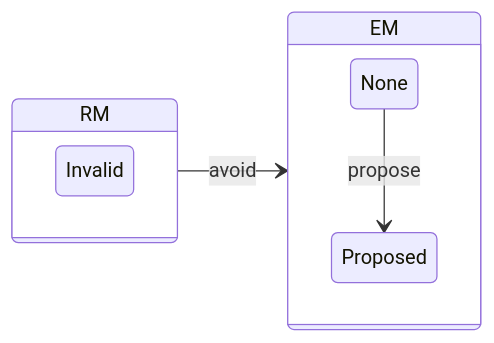
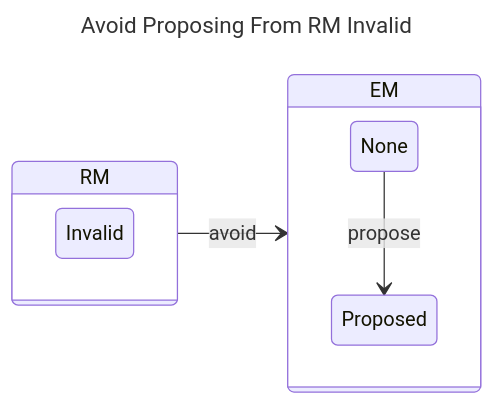
One commit to CERTCC/Vultron changed the fifth of 11 diagrams in docs/topics/process_models/model_interactions/rm_em.md. Above: the diagram before and after it, drawn with Mermaid. The commit also changed other lines of this file and 44 other files, not shown here.

````diff
--- a/docs/topics/process_models/model_interactions/rm_em.md
+++ b/docs/topics/process_models/model_interactions/rm_em.md
@@ -162,11 +169,14 @@
 ```mermaid
+---
+title: Avoid Proposing From RM Invalid
+---
 stateDiagram-v2
     direction LR
     state RM {
         Invalid
     }
     state EM {
         None --> Proposed : propose
     }
     RM --> EM : avoid
 ```
````
